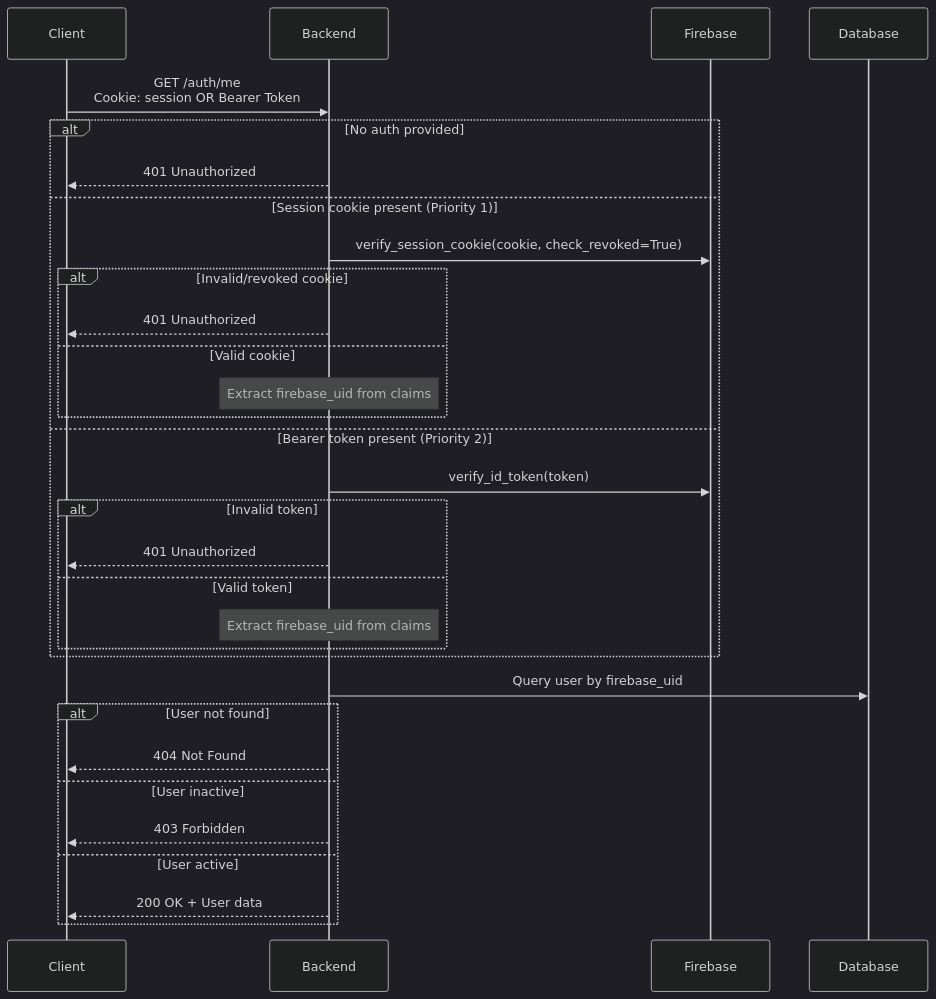
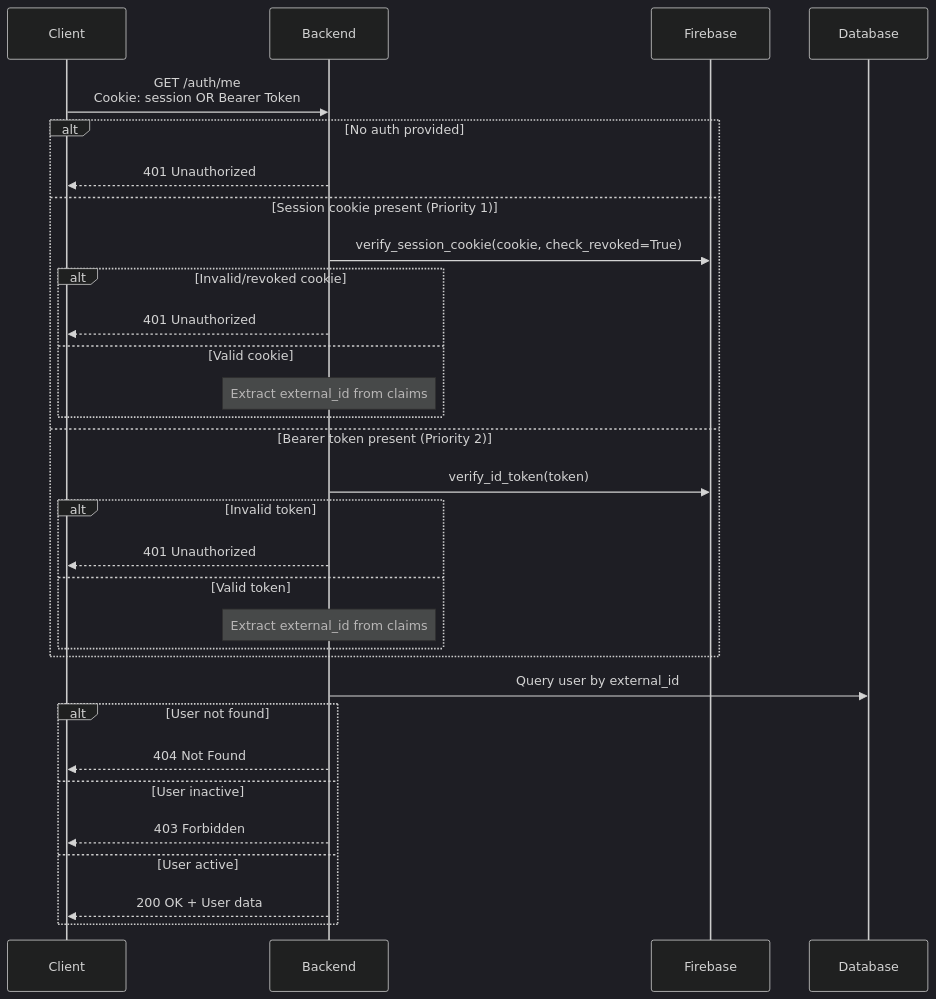
The fifth of 7 diagrams in docs/auth-flow.md (gokhantaskan/fastback), drawn with Mermaid (dark theme) before and after one commit. The commit also changed other lines of this file and 55 other files, not shown here.

````diff
--- a/docs/auth-flow.md
+++ b/docs/auth-flow.md
@@ -135,36 +135,36 @@
 ```mermaid
 sequenceDiagram
     participant Client
     participant Backend
     participant Firebase
     participant Database
 
     Client->>Backend: GET /auth/me<br/>Cookie: session OR Bearer Token
 
     alt No auth provided
         Backend-->>Client: 401 Unauthorized
     else Session cookie present (Priority 1)
         Backend->>Firebase: verify_session_cookie(cookie, check_revoked=True)
         alt Invalid/revoked cookie
             Backend-->>Client: 401 Unauthorized
         else Valid cookie
-            Note over Backend: Extract firebase_uid from claims
+            Note over Backend: Extract external_id from claims
         end
     else Bearer token present (Priority 2)
         Backend->>Firebase: verify_id_token(token)
         alt Invalid token
             Backend-->>Client: 401 Unauthorized
         else Valid token
-            Note over Backend: Extract firebase_uid from claims
+            Note over Backend: Extract external_id from claims
         end
     end
 
-    Backend->>Database: Query user by firebase_uid
+    Backend->>Database: Query user by external_id
     alt User not found
         Backend-->>Client: 404 Not Found
     else User inactive
         Backend-->>Client: 403 Forbidden
     else User active
         Backend-->>Client: 200 OK + User data
     end
 ```
````
